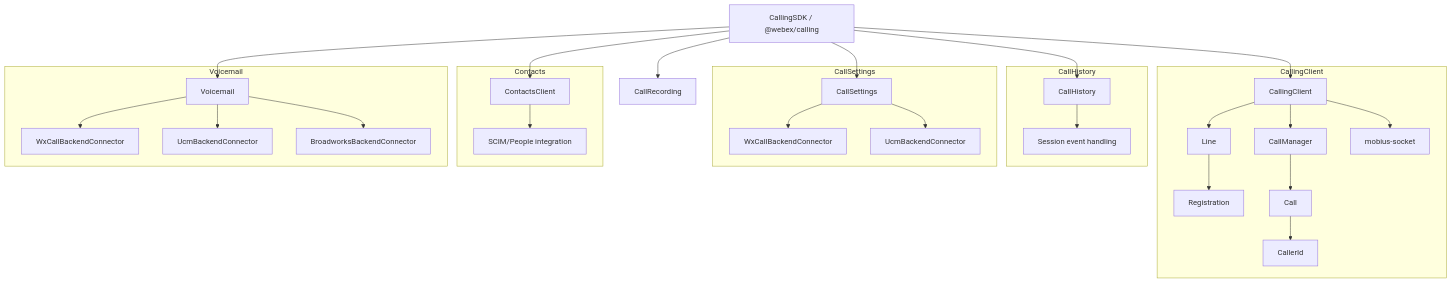
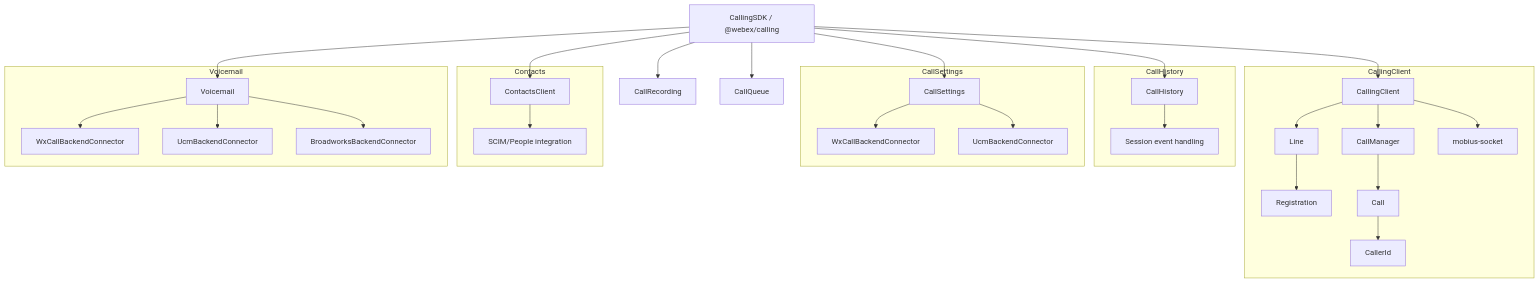
Before and after one commit to webex/webex-js-sdk: the diagram in packages/calling/docs/index.md, drawn with Mermaid. The commit also changed other lines of this file and 21 other files, not shown here.

Commit message:
feat(calling): add call queue client (#5353)

````diff
--- a/packages/calling/docs/index.md
+++ b/packages/calling/docs/index.md
@@ -63,44 +64,45 @@
 ```mermaid
 flowchart TD
     SDK[CallingSDK / @webex/calling]
 
     SDK --> CC[CallingClient]
     SDK --> CH[CallHistory]
     SDK --> CR[CallRecording]
+    SDK --> CQ[CallQueue]
     SDK --> CS[CallSettings]
     SDK --> CT[Contacts]
     SDK --> VM[Voicemail]
 
     subgraph CallingClient
       CC[CallingClient]
       CC --> LN[Line]
       LN --> RG[Registration]
       CC --> CM[CallManager]
       CM --> CL[Call]
       CL --> CID[CallerId]
       CC --> MS[mobius-socket]
     end
 
     subgraph CallHistory
       CH[CallHistory]
       CH --> CHEV[Session event handling]
     end
 
     subgraph CallSettings
       CS[CallSettings]
       CS --> CSWX[WxCallBackendConnector]
       CS --> CSUCM[UcmBackendConnector]
     end
 
     subgraph Contacts
       CT[ContactsClient]
       CT --> SCP[SCIM/People integration]
     end
 
     subgraph Voicemail
       VM[Voicemail]
       VM --> VMWX[WxCallBackendConnector]
       VM --> VMUCM[UcmBackendConnector]
       VM --> VMBW[BroadworksBackendConnector]
     end
 ```
````
